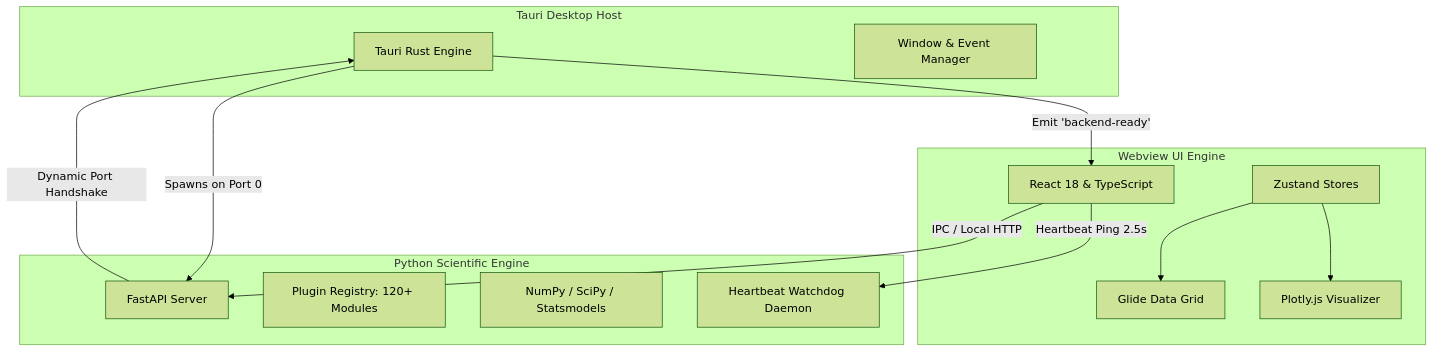
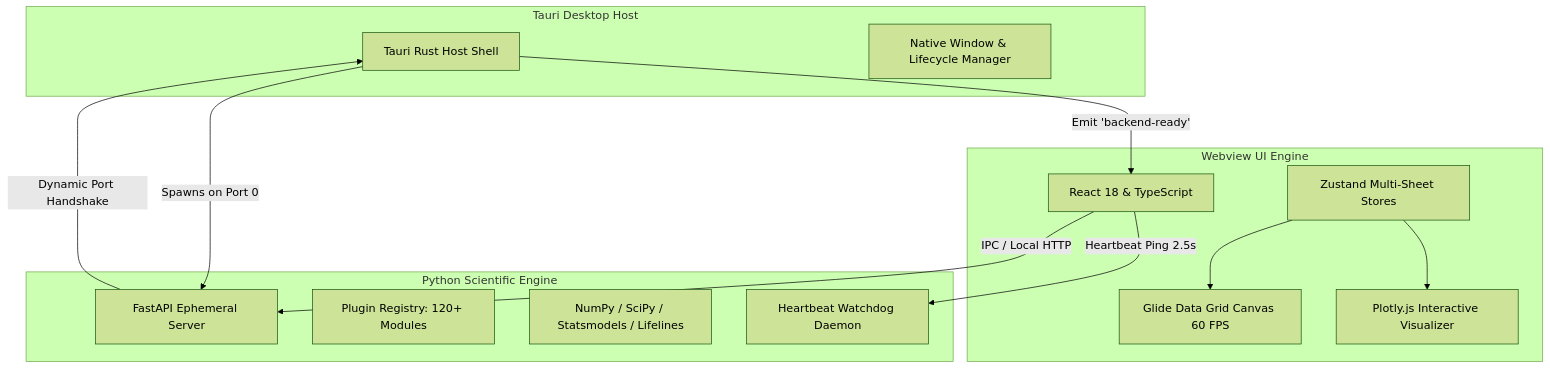
Before and after one commit to A-K-T-K/libre-sigma: the diagram in docs/architecture.md, drawn with Mermaid (forest theme). The commit also changed other lines of this file and 21 other files, not shown here.

````diff
--- a/docs/architecture.md
+++ b/docs/architecture.md
@@ -5,29 +5,29 @@
 ```mermaid
 graph TD
     subgraph Desktop Layer [Tauri Desktop Host]
-        RustHost[Tauri Rust Engine]
-        WinManager[Window & Event Manager]
+        RustHost[Tauri Rust Host Shell]
+        WinManager[Native Window & Lifecycle Manager]
     end
 
     subgraph Frontend Layer [Webview UI Engine]
         UI[React 18 & TypeScript]
-        Grid[Glide Data Grid]
-        Store[Zustand Stores]
-        Charts[Plotly.js Visualizer]
+        Grid[Glide Data Grid Canvas 60 FPS]
+        Store[Zustand Multi-Sheet Stores]
+        Charts[Plotly.js Interactive Visualizer]
     end
 
     subgraph Analytical Layer [Python Scientific Engine]
-        FastAPI[FastAPI Server]
+        FastAPI[FastAPI Ephemeral Server]
         Plugins[Plugin Registry: 120+ Modules]
-        SciPy[NumPy / SciPy / Statsmodels]
+        SciPy[NumPy / SciPy / Statsmodels / Lifelines]
         Watchdog[Heartbeat Watchdog Daemon]
     end
 
     RustHost -->|Spawns on Port 0| FastAPI
     FastAPI -->|Dynamic Port Handshake| RustHost
     RustHost -->|Emit 'backend-ready'| UI
     UI -->|IPC / Local HTTP| FastAPI
     Store --> Grid
     Store --> Charts
     UI -->|Heartbeat Ping 2.5s| Watchdog
 ```
````
